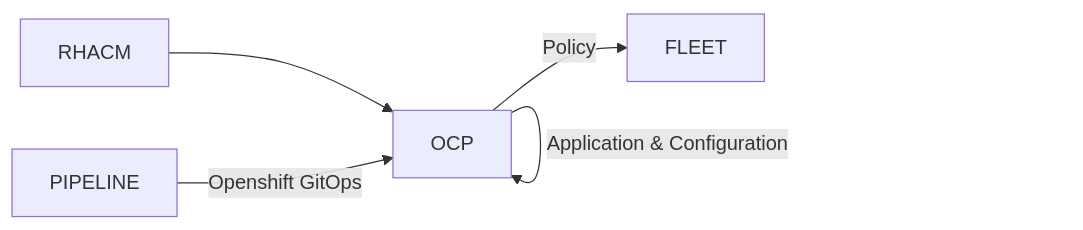
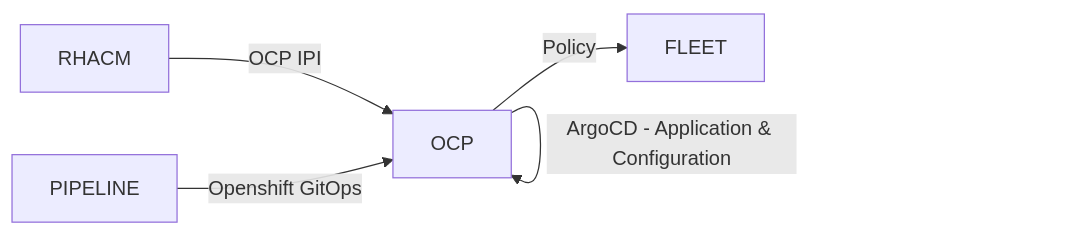
One commit to cdoan1/static-site-starter-src changed the second of 2 diagrams in docs/design.md. Above: the diagram before and after it, drawn with Mermaid. The commit also changed other lines of this file, not shown here.

````diff
--- a/docs/design.md
+++ b/docs/design.md
@@ -54,7 +54,7 @@
 ```mermaid
 graph LR
-    RHACM --> OCP
+    RHACM --> |OCP IPI| OCP
     PIPELINE --> |Openshift GitOps| OCP
-    OCP --> |Application & Configuration| OCP
+    OCP --> |ArgoCD - Application & Configuration| OCP
     OCP --> |Policy| FLEET
 ```
````
